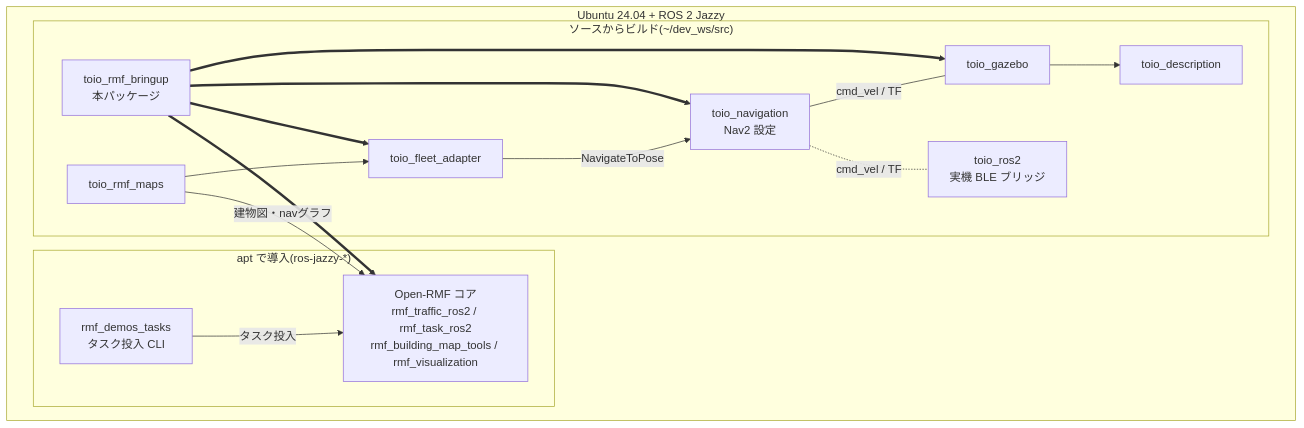
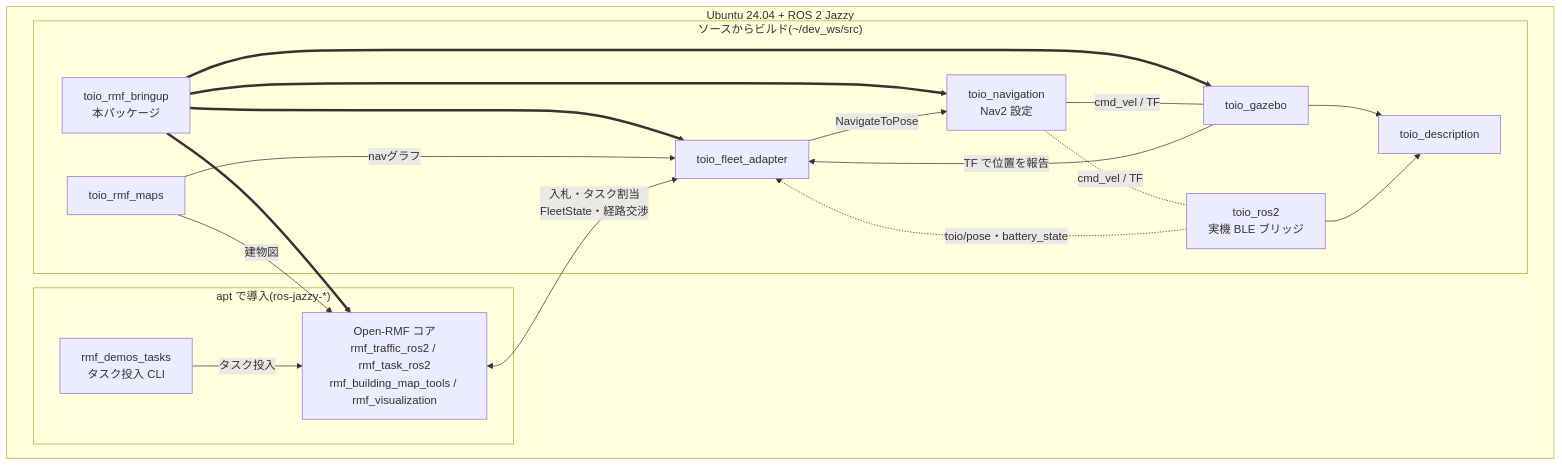
One commit to atinfinity/toio_rmf_bringup changed the diagram in README.md. Above: the diagram before and after it, drawn with Mermaid. The commit also changed other lines of this file, not shown here.

First line of the commit message:
docs: 構成図の接続関係の誤りと欠落を修正

````diff
--- a/README.md
+++ b/README.md
@@ -15,30 +15,34 @@
 ```mermaid
 flowchart TB
   subgraph jazzy["Ubuntu 24.04 + ROS 2 Jazzy"]
     subgraph apt["apt で導入(ros-jazzy-*)"]
       CORE["Open-RMF コア<br/>rmf_traffic_ros2 / rmf_task_ros2<br/>rmf_building_map_tools / rmf_visualization"]
       CLI["rmf_demos_tasks<br/>タスク投入 CLI"]
     end
     subgraph src["ソースからビルド(~/dev_ws/src)"]
       BRINGUP["toio_rmf_bringup<br/>本パッケージ"]
       FA["toio_fleet_adapter"]
       MAPS["toio_rmf_maps"]
       NAVI["toio_navigation<br/>Nav2 設定"]
       GZ["toio_gazebo"]
       DESC["toio_description"]
       TR["toio_ros2<br/>実機 BLE ブリッジ"]
     end
   end
 
   BRINGUP ==> CORE
   BRINGUP ==> FA
   BRINGUP ==> GZ
   BRINGUP ==> NAVI
   CLI -->|"タスク投入"| CORE
-  MAPS -->|"建物図・navグラフ"| CORE
-  MAPS --> FA
+  MAPS -->|"建物図"| CORE
+  MAPS -->|"navグラフ"| FA
+  CORE <-->|"入札・タスク割当<br/>FleetState・経路交渉"| FA
   FA -->|"NavigateToPose"| NAVI
-  GZ --> DESC
   NAVI ---|"cmd_vel / TF"| GZ
   NAVI -.-|"cmd_vel / TF"| TR
+  GZ -->|"TF で位置を報告"| FA
+  TR -.->|"toio/pose・battery_state"| FA
+  GZ --> DESC
+  TR --> DESC
 ```
````
